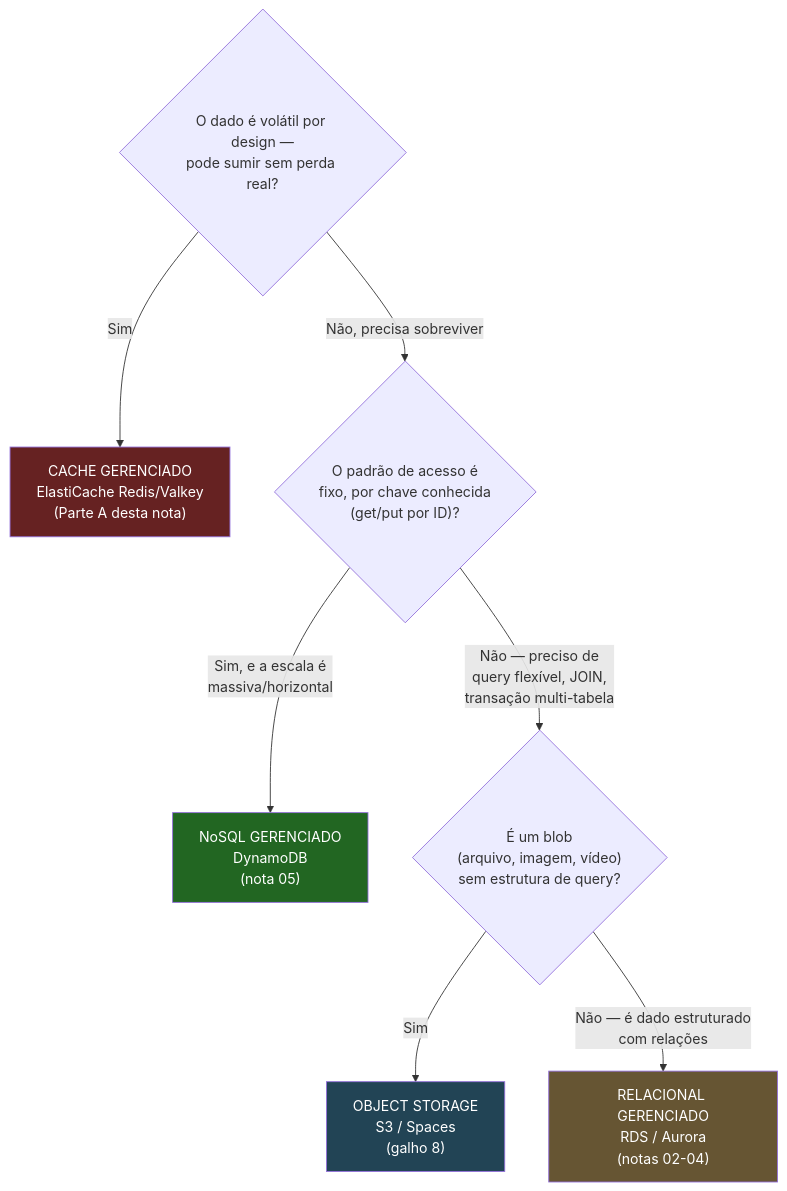
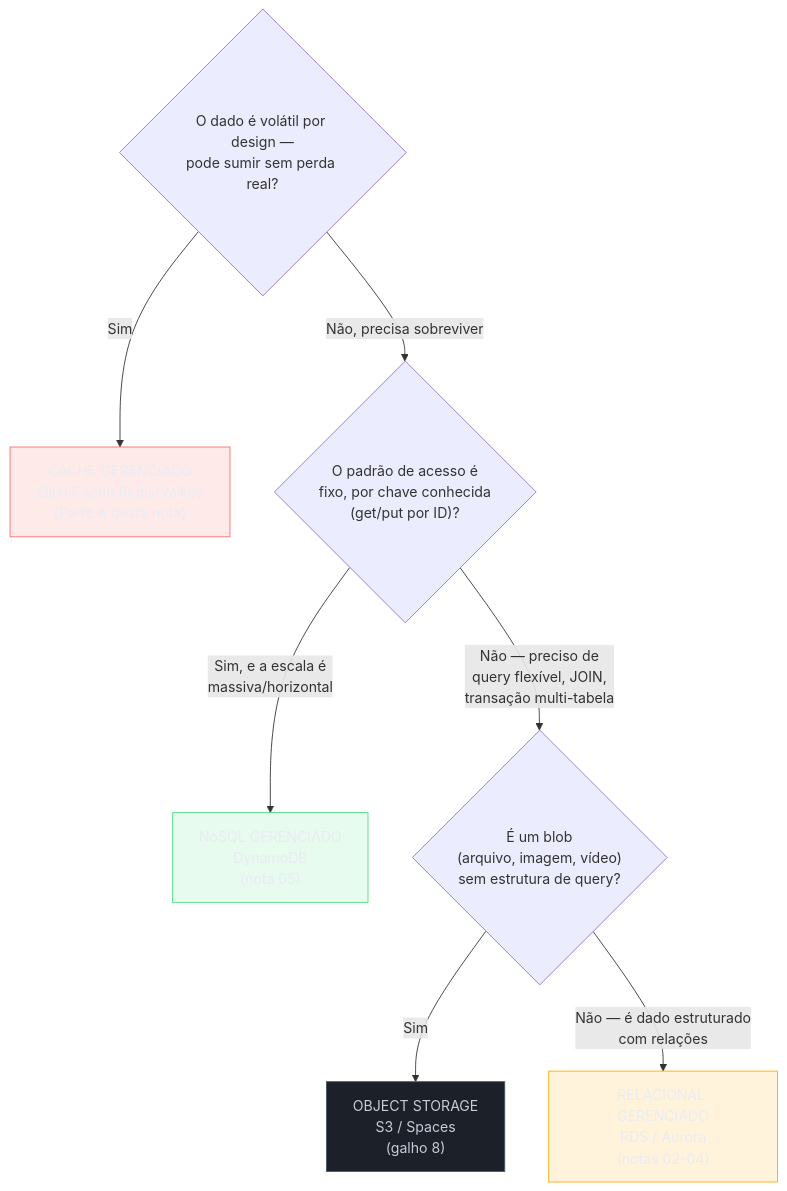
Before and after one commit to josenaldo/codex-technomanticus: the second of 3 diagrams in 03-Dominios/Tecnologia/Cloud/09 - Bancos gerenciados/06 - Cache gerenciado e a grande escolha.md, drawn with Mermaid. The commit also changed other lines of this file and 1181 other files, not shown here.

First line of the commit message:
fix(diagramas): paleta do sistema no lugar de cor cravada no markdown

````diff
--- a/03-Dominios/Tecnologia/Cloud/09 - Bancos gerenciados/06 - Cache gerenciado e a grande escolha.md
+++ b/03-Dominios/Tecnologia/Cloud/09 - Bancos gerenciados/06 - Cache gerenciado e a grande escolha.md
@@ -273,17 +275,21 @@
 ```mermaid
 flowchart TD
+    classDef falha fill:#FF6B6B24,stroke:#FF6B6B,color:#E9ECF2
+    classDef ok fill:#4ADE8021,stroke:#4ADE80,color:#E9ECF2
+    classDef neutro fill:#1B2029,stroke:#4E5666,color:#C6CCD8
+    classDef destaque fill:#FFAA0024,stroke:#FFAA00,color:#E9ECF2
     Q1{"O dado é volátil por design —<br/>pode sumir sem perda real?"}
     Q1 -->|"Sim"| Cache["CACHE GERENCIADO<br/>ElastiCache Redis/Valkey<br/>(Parte A desta nota)"]
 
     Q1 -->|"Não, precisa sobreviver"| Q2{"O padrão de acesso é<br/>fixo, por chave conhecida<br/>(get/put por ID)?"}
     Q2 -->|"Sim, e a escala é<br/>massiva/horizontal"| NoSQL["NoSQL GERENCIADO<br/>DynamoDB<br/>(nota 05)"]
 
     Q2 -->|"Não — preciso de<br/>query flexível, JOIN,<br/>transação multi-tabela"| Q3{"É um blob<br/>(arquivo, imagem, vídeo)<br/>sem estrutura de query?"}
     Q3 -->|"Sim"| Object["OBJECT STORAGE<br/>S3 / Spaces<br/>(galho 8)"]
     Q3 -->|"Não — é dado estruturado<br/>com relações"| Relacional["RELACIONAL GERENCIADO<br/>RDS / Aurora<br/>(notas 02-04)"]
 
-    style Cache fill:#622,color:#fff
-    style NoSQL fill:#262,color:#fff
-    style Object fill:#245,color:#fff
-    style Relacional fill:#653,color:#fff
+    class Cache falha
+    class NoSQL ok
+    class Object neutro
+    class Relacional destaque
 ```
````
